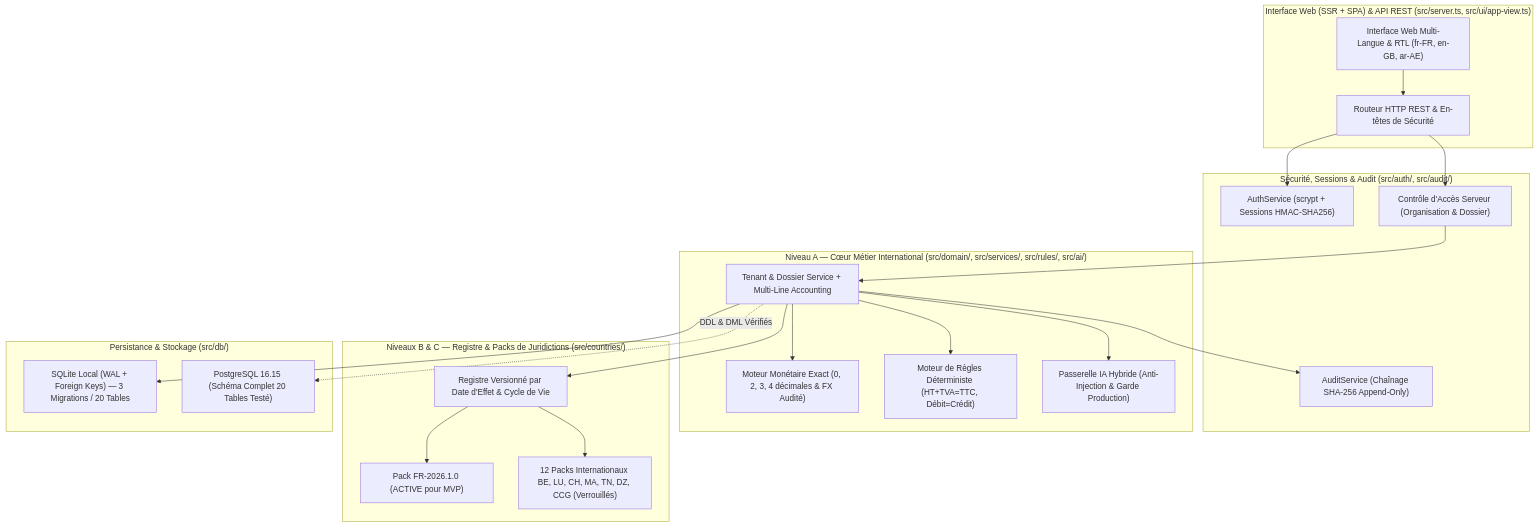
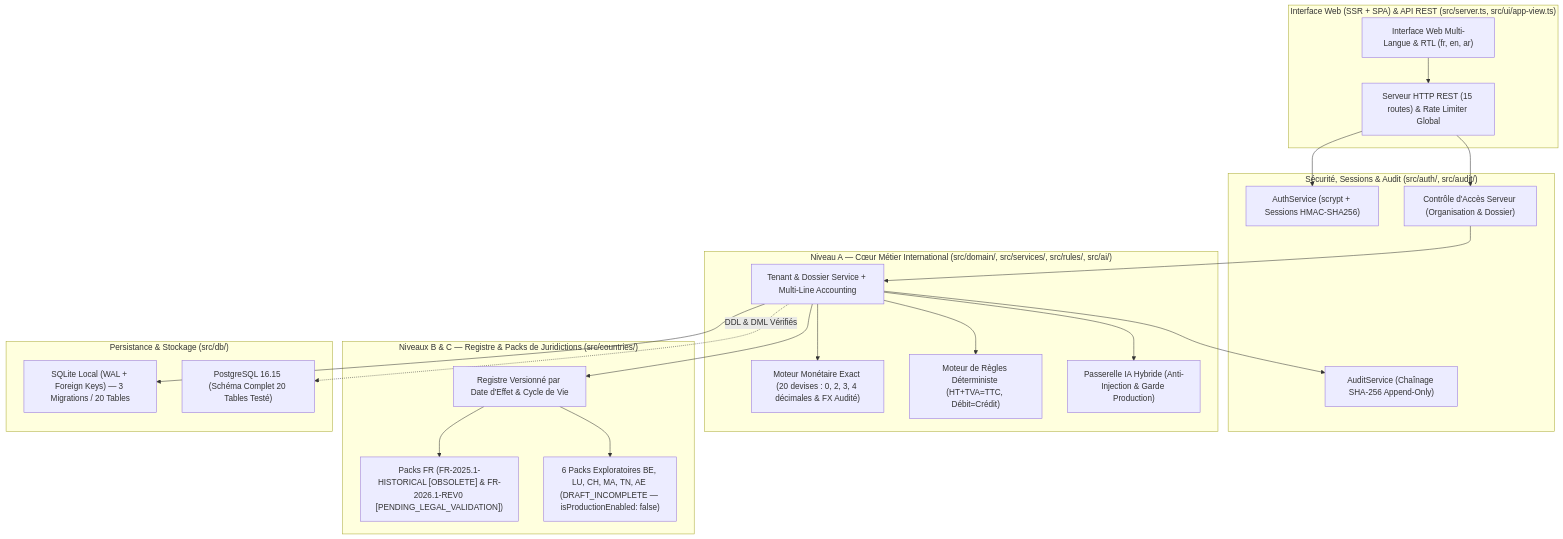
Before and after one commit to az2innov/comptanova: the diagram in docs/ARCHITECTURE.md, drawn with Mermaid. The commit also changed other lines of this file and 16 other files, not shown here.

````diff
--- a/docs/ARCHITECTURE.md
+++ b/docs/ARCHITECTURE.md
@@ -9,45 +9,45 @@
 ```mermaid
 flowchart TD
     subgraph UI_API["Interface Web (SSR + SPA) & API REST (src/server.ts, src/ui/app-view.ts)"]
-        WebUI["Interface Web Multi-Langue & RTL (fr-FR, en-GB, ar-AE)"]
-        RestAPI["Routeur HTTP REST & En-têtes de Sécurité"]
+        WebUI["Interface Web Multi-Langue & RTL (fr, en, ar)"]
+        RestAPI["Serveur HTTP REST (15 routes) & Rate Limiter Global"]
     end
 
     subgraph Security_Audit["Sécurité, Sessions & Audit (src/auth/, src/audit/)"]
         Auth["AuthService (scrypt + Sessions HMAC-SHA256)"]
         RBAC["Contrôle d'Accès Serveur (Organisation & Dossier)"]
         Audit["AuditService (Chaînage SHA-256 Append-Only)"]
     end
 
     subgraph Core_Level_A["Niveau A — Cœur Métier International (src/domain/, src/services/, src/rules/, src/ai/)"]
-        Money["Moteur Monétaire Exact (0, 2, 3, 4 décimales & FX Audité)"]
+        Money["Moteur Monétaire Exact (20 devises : 0, 2, 3, 4 décimales & FX Audité)"]
         TenantSvc["Tenant & Dossier Service + Multi-Line Accounting"]
         Rules["Moteur de Règles Déterministe (HT+TVA=TTC, Débit=Crédit)"]
         AIGateway["Passerelle IA Hybride (Anti-Injection & Garde Production)"]
     end
 
     subgraph Jurisdiction_Level_BC["Niveaux B & C — Registre & Packs de Juridictions (src/countries/)"]
         Registry["Registre Versionné par Date d'Effet & Cycle de Vie"]
-        PackFR["Pack FR-2026.1.0 (ACTIVE pour MVP)"]
-        PacksIntl["12 Packs Internationaux BE, LU, CH, MA, TN, DZ, CCG (Verrouillés)"]
+        PackFR["Packs FR (FR-2025.1-HISTORICAL [OBSOLETE] & FR-2026.1-REV0 [PENDING_LEGAL_VALIDATION])"]
+        PacksIntl["6 Packs Exploratoires BE, LU, CH, MA, TN, AE (DRAFT_INCOMPLETE — isProductionEnabled: false)"]
     end
 
     subgraph Data_Storage["Persistance & Stockage (src/db/)"]
         SQLite["SQLite Local (WAL + Foreign Keys) — 3 Migrations / 20 Tables"]
         PG16["PostgreSQL 16.15 (Schéma Complet 20 Tables Testé)"]
     end
 
     WebUI --> RestAPI
     RestAPI --> Auth
     RestAPI --> RBAC
     RBAC --> TenantSvc
     TenantSvc --> Money
     TenantSvc --> Rules
     TenantSvc --> AIGateway
     TenantSvc --> Registry
     TenantSvc --> Audit
     Registry --> PackFR
     Registry --> PacksIntl
     TenantSvc --> SQLite
     TenantSvc -. "DDL & DML Vérifiés" .-> PG16
 ```
````
